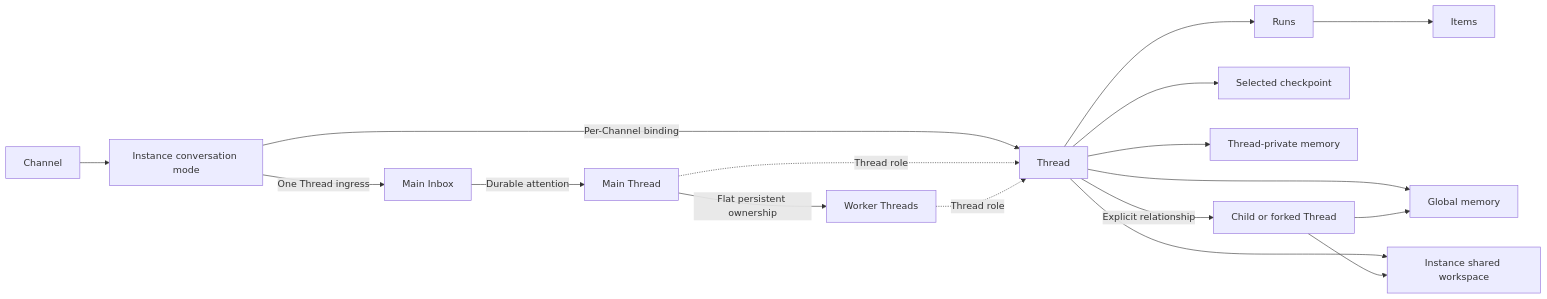
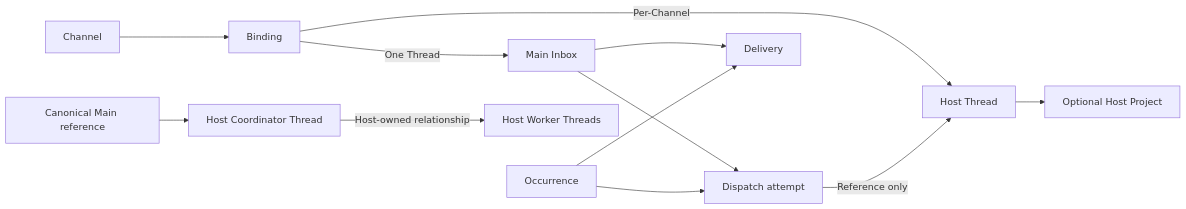
One commit to Wh1isper/a13n-claw changed the diagram in spec/01-domain-model.md. Above: the diagram before and after it, drawn with Mermaid. The commit also changed other lines of this file and 16 other files, not shown here.

````diff
--- a/spec/01-domain-model.md
+++ b/spec/01-domain-model.md
@@ -32,19 +41,14 @@
 ```mermaid
 flowchart LR
-    Channel --> Mode[Instance conversation mode]
-    Mode -->|Per-Channel binding| Thread
-    Mode -->|One Thread ingress| Inbox[Main Inbox]
-    Inbox -->|Durable attention| Main[Main Thread]
-    Main -->|Flat persistent ownership| Workers[Worker Threads]
-    Main -.->|Thread role| Thread
-    Workers -.->|Thread role| Thread
-    Thread --> Runs[Runs]
-    Runs --> Items[Items]
-    Thread --> Selected[Selected checkpoint]
-    Thread --> Private[Thread-private memory]
-    Thread -->|Explicit relationship| Child[Child or forked Thread]
-    Thread --> Global[Global memory]
-    Child --> Global
-    Thread --> Workspace[Instance shared workspace]
-    Child --> Workspace
+    Channel --> Binding
+    Binding -->|One Thread| Inbox[Main Inbox]
+    Binding -->|Per-Channel| Target[Host Thread]
+    Inbox --> Attempt[Dispatch attempt]
+    Occurrence --> Attempt
+    Attempt -->|Reference only| Target
+    Main[Canonical Main reference] --> Coordinator[Host Coordinator Thread]
+    Coordinator -->|Host-owned relationship| Workers[Host Worker Threads]
+    Target --> Project[Optional Host Project]
+    Inbox --> Delivery
+    Occurrence --> Delivery
 ```
````
